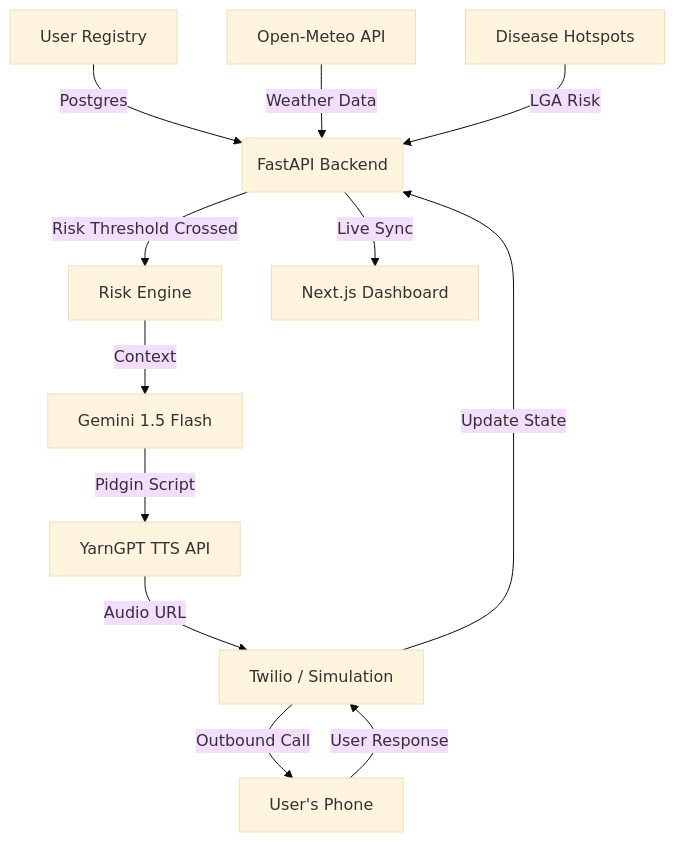
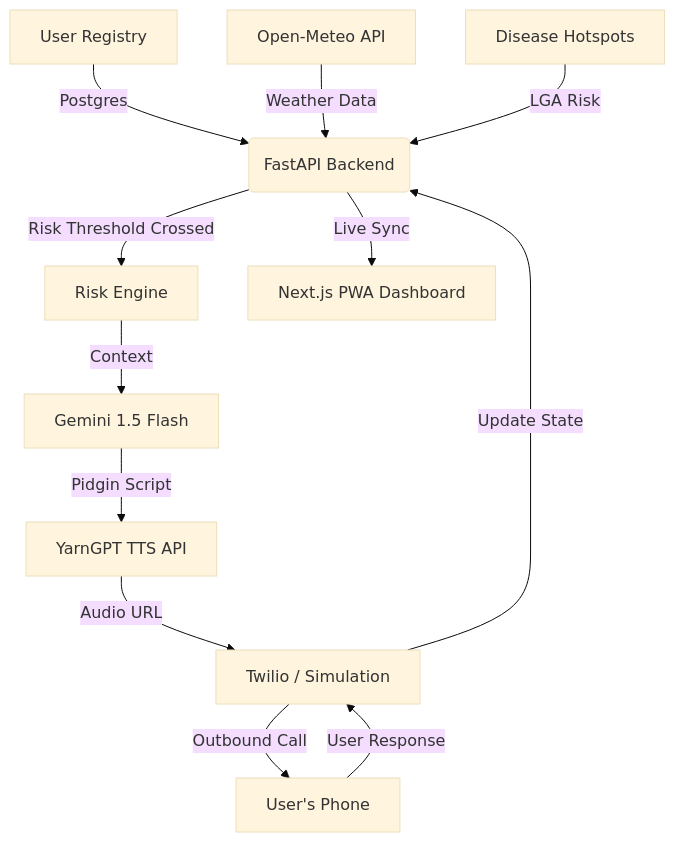
One commit to Koded0214h/sabi-health changed the diagram in README.md. Above: the diagram before and after it, drawn with Mermaid (base theme). The commit also changed other lines of this file and 22 other files, not shown here.

````diff
--- a/README.md
+++ b/README.md
@@ -29,16 +52,16 @@
 ```mermaid
 graph TD
     A[User Registry] -->|Postgres| B(FastAPI Backend)
     C[Open-Meteo API] -->|Weather Data| B
     D[Disease Hotspots] -->|LGA Risk| B
     
     B -->|Risk Threshold Crossed| E[Risk Engine]
     E -->|Context| F[Gemini 1.5 Flash]
     F -->|Pidgin Script| G[YarnGPT TTS API]
     G -->|Audio URL| H[Twilio / Simulation]
     
     H -->|Outbound Call| I[User's Phone]
     I -->|User Response| H
     H -->|Update State| B
-    B -->|Live Sync| J[Next.js Dashboard]
+    B -->|Live Sync| J[Next.js PWA Dashboard]
 ```
````
